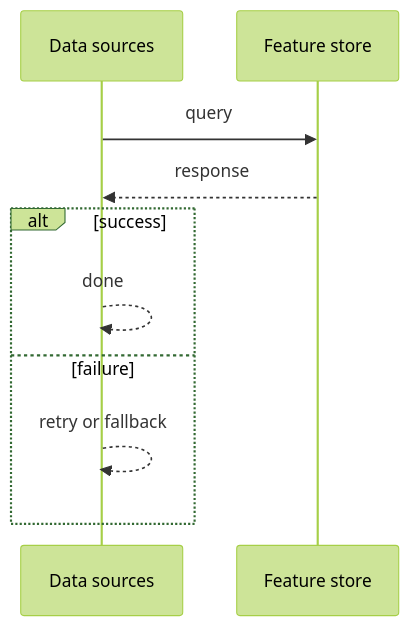
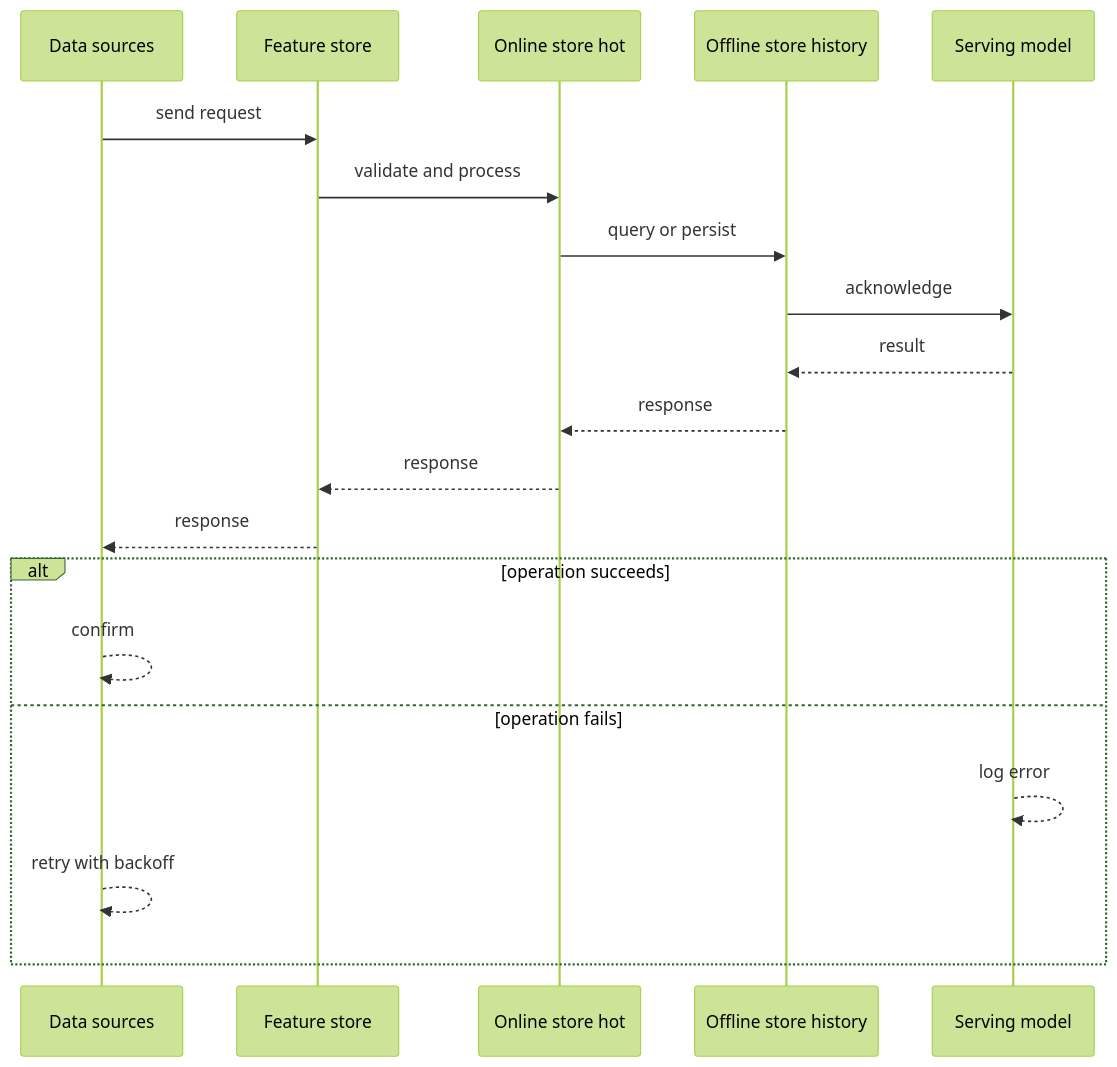
Before and after one commit to RIT-MESH/system-design-mastery: the second of 4 diagrams in case-studies/extreme/feature-store-model-serving.md, drawn with Mermaid (forest theme). The commit also changed other lines of this file and 64 other files, not shown here.

````diff
--- a/case-studies/extreme/feature-store-model-serving.md
+++ b/case-studies/extreme/feature-store-model-serving.md
@@ -79,13 +68,23 @@
 ```mermaid
 %% created-for: system-design-mastery
 sequenceDiagram
-  participant P0 as Data sources
-  participant P1 as Feature store
-  P0 ->> P1: query
-  P1 -->> P0: response
-  alt success
-    P0 -->> P0: done
-  else failure
-    P0 -->> P0: retry or fallback
+  participant C0 as Data sources
+  participant C1 as Feature store
+  participant C2 as Online store hot
+  participant C3 as Offline store history
+  participant C4 as Serving model
+  C0 ->> C1: send request
+  C1 ->> C2: validate and process
+  C2 ->> C3: query or persist
+  C3 ->> C4: acknowledge
+  C4 -->> C3: result
+  C3 -->> C2: response
+  C2 -->> C1: response
+  C1 -->> C0: response
+  alt operation succeeds
+    C0 -->> C0: confirm
+  else operation fails
+    C4 -->> C4: log error
+    C0 -->> C0: retry with backoff
   end
 ```
````
